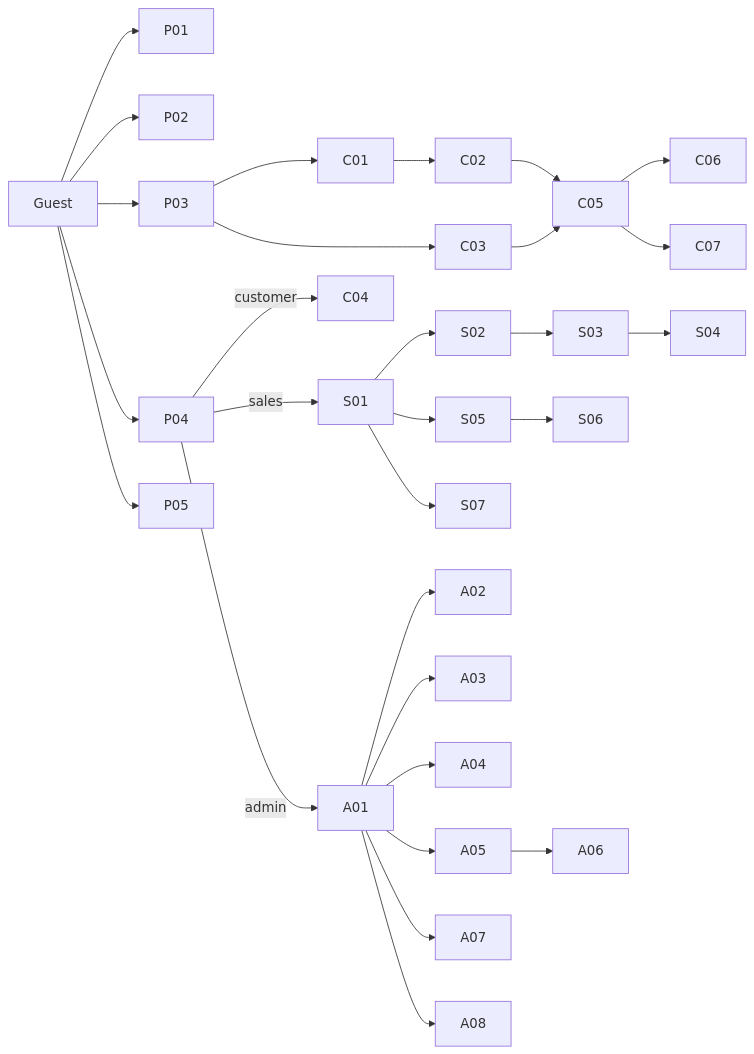
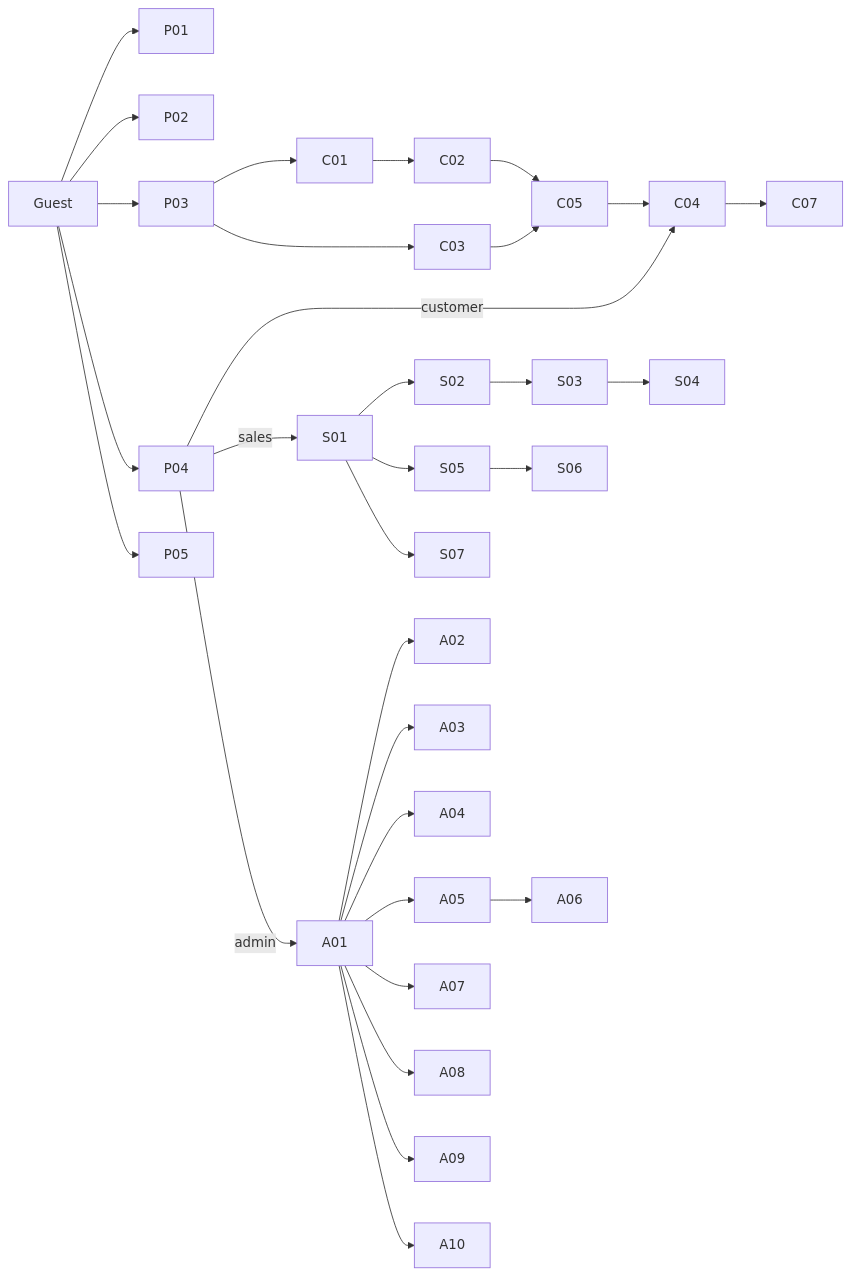
One commit to NghiaUT/auren-dbms-application changed the diagram in docs/SCREEN_INVENTORY.md. Above: the diagram before and after it, drawn with Mermaid. The commit also changed other lines of this file and 7 other files, not shown here.

````diff
--- a/docs/SCREEN_INVENTORY.md
+++ b/docs/SCREEN_INVENTORY.md
@@ -80,17 +81,16 @@
 ```mermaid
 flowchart LR
     G[Guest] --> P01 & P02 & P03 & P04 & P05
     P04 -->|customer| C04
     P04 -->|sales| S01
     P04 -->|admin| A01
     P03 --> C01 --> C02 --> C05
     P03 --> C03 --> C05
-    C05 --> C06
-    C05 --> C07
+    C05 --> C04 --> C07
     S01 --> S02 --> S03 --> S04
     S01 --> S05 --> S06
     S01 --> S07
     A01 --> A02 & A03 & A04
     A01 --> A05 --> A06
-    A01 --> A07 & A08
+    A01 --> A07 & A08 & A09 & A10
 ```
````
